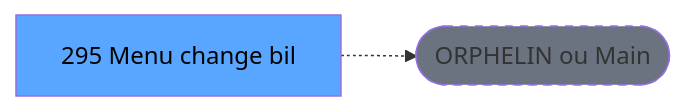
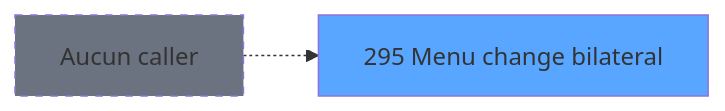
One commit to thonyAGP/lecteur-magic changed the second of 3 diagrams in .openspec/specs/ADH-IDE-295.md. Above: the diagram before and after it, drawn with Mermaid. The commit also changed other lines of this file and 96 other files, not shown here.

````diff
--- a/.openspec/specs/ADH-IDE-295.md
+++ b/.openspec/specs/ADH-IDE-295.md
@@ -117,8 +202,8 @@
 ```mermaid
 graph LR
-    T[295 Menu change bil]
-    ORPHAN([ORPHELIN ou Main])
-    T -.-> ORPHAN
-    style T fill:#58a6ff,color:#000
-    style ORPHAN fill:#6b7280,stroke-dasharray: 5 5
+    T295[295 Menu change bilateral]
+    style T295 fill:#58a6ff
+    NONE[Aucun caller]
+    NONE -.-> T295
+    style NONE fill:#6b7280,stroke-dasharray: 5 5
 ```
````
